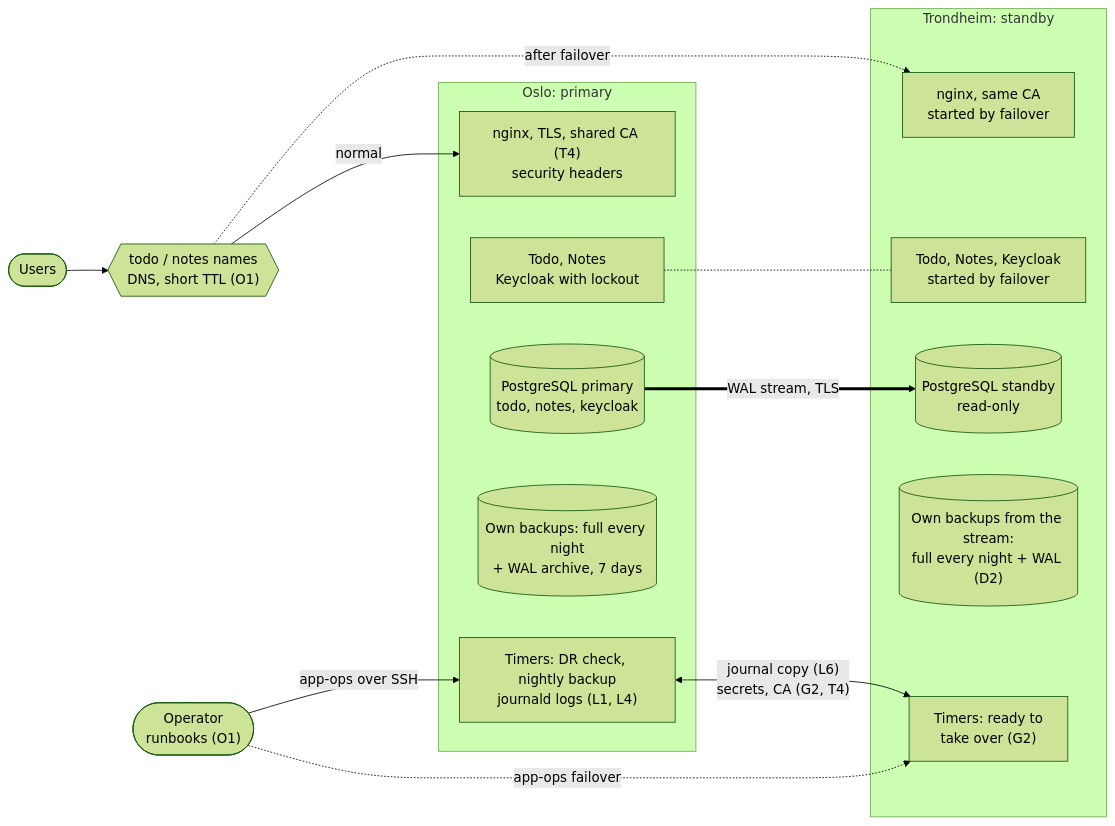
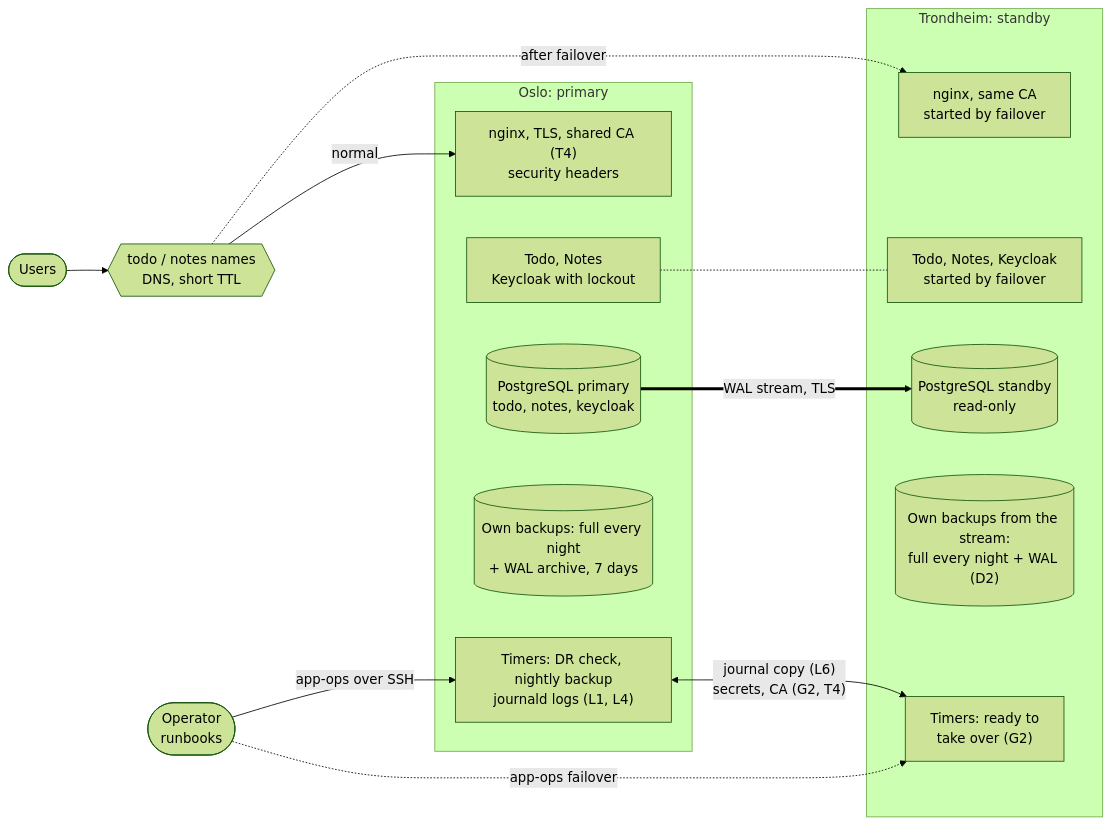
One commit to gunstein/podman_test changed the first of 2 diagrams in docs/TARGET-PICTURE.md. Above: the diagram before and after it, drawn with Mermaid (forest theme). The commit also changed other lines of this file and 15 other files, not shown here.

````diff
--- a/docs/TARGET-PICTURE.md
+++ b/docs/TARGET-PICTURE.md
@@ -9,32 +9,32 @@
 ```mermaid
 flowchart LR
-  users(["Users"]) --> dns{{"todo / notes names<br>DNS, short TTL (O1)"}}
-  op(["Operator<br>runbooks (O1)"])
+  users(["Users"]) --> dns{{"todo / notes names<br>DNS, short TTL"}}
+  op(["Operator<br>runbooks"])
 
   subgraph OSLO["Oslo: primary"]
     o_proxy["nginx, TLS, shared CA (T4)<br>security headers"]
     o_apps["Todo, Notes<br>Keycloak with lockout"]
     o_db[("PostgreSQL primary<br>todo, notes, keycloak")]
     o_bk[("Own backups: full every night<br>+ WAL archive, 7 days")]
     o_time["Timers: DR check, nightly backup<br>journald logs (L1, L4)"]
   end
 
   subgraph TRD["Trondheim: standby"]
     t_proxy["nginx, same CA<br>started by failover"]
     t_apps["Todo, Notes, Keycloak<br>started by failover"]
     t_db[("PostgreSQL standby<br>read-only")]
     t_bk[("Own backups from the stream:<br>full every night + WAL (D2)")]
     t_time["Timers: ready to<br>take over (G2)"]
   end
 
   dns -->|normal| o_proxy
   dns -.->|after failover| t_proxy
   o_proxy ~~~ t_proxy
   o_apps -.- t_apps
   o_db ==>|"WAL stream, TLS"| t_db
   o_bk ~~~ t_bk
   o_time <-->|"journal copy (L6)<br>secrets, CA (G2, T4)"| t_time
   dns ~~~ o_apps & o_db & o_bk
   op -->|app-ops over SSH| o_time
   op -.->|"app-ops failover"| t_time
 ```
````
